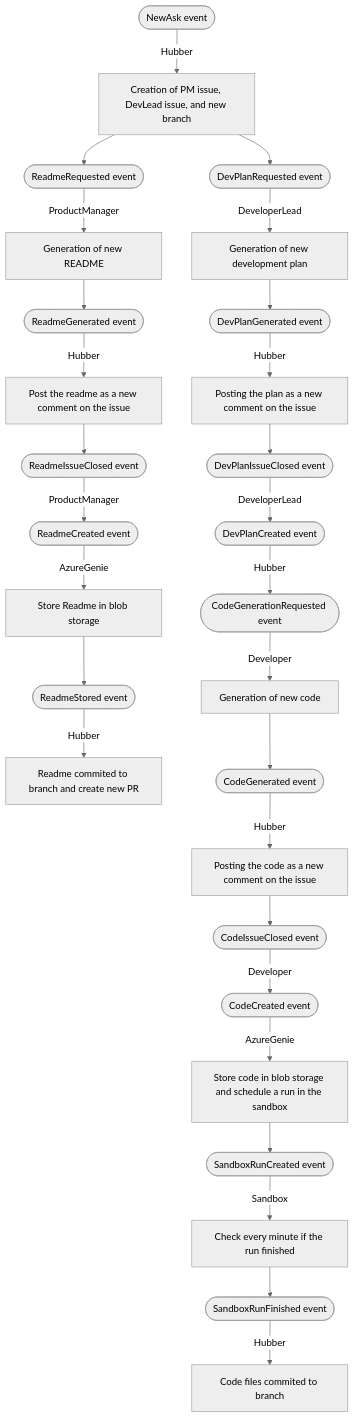
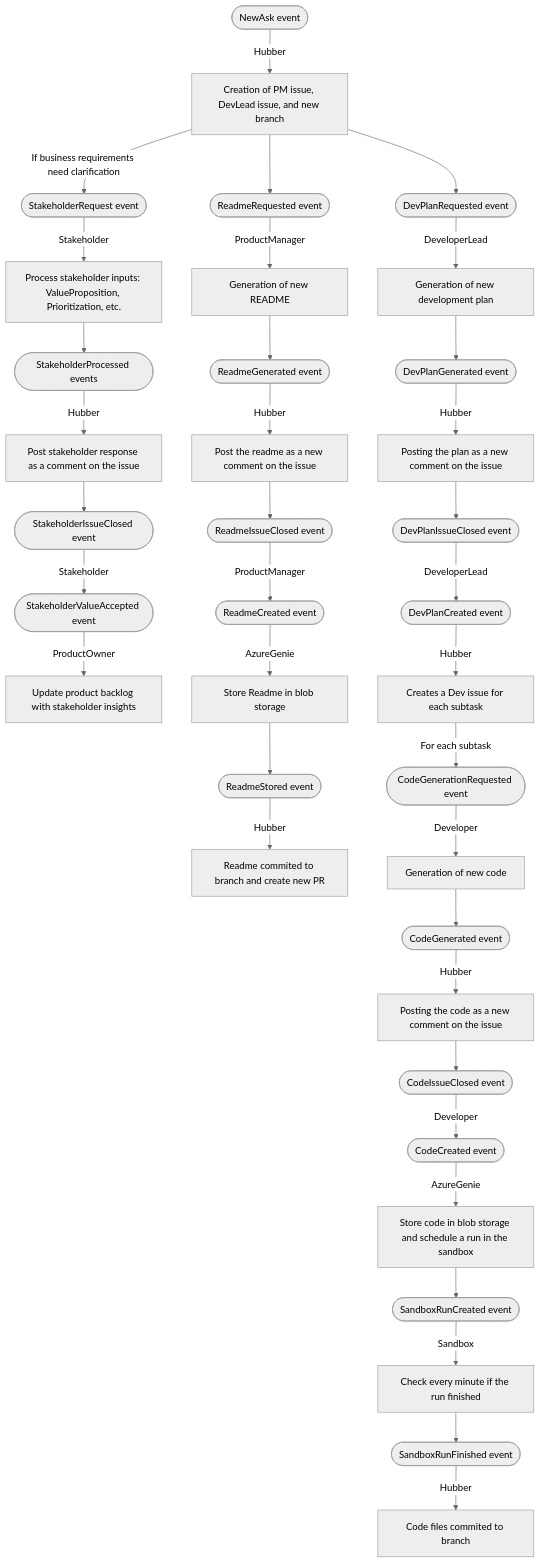
Before and after one commit to Software-Hardware-Systems/autogen: the diagram in dotnet/samples/dev-team/README.md, drawn with Mermaid (neutral theme). The commit also changed other lines of this file and 23 other files, not shown here.

````diff
--- a/dotnet/samples/dev-team/README.md
+++ b/dotnet/samples/dev-team/README.md
@@ -103,33 +112,46 @@
 ```mermaid
 graph TD;
     NEA([NewAsk event]) -->|Hubber| NEA1[Creation of PM issue, DevLead issue, and new branch];
     
+    %% Stakeholder workflow
+    NEA1 -->|If business requirements need clarification| SIR([StakeholderRequest event])
+    SIR -->|Stakeholder| SIA[Process stakeholder inputs: ValueProposition, Prioritization, etc.];
+    SIA --> SIG([StakeholderProcessed events]);
+    SIG -->|Hubber| SIGH[Post stakeholder response as a comment on the issue];
+    SIGH --> SIGC([StakeholderIssueClosed event]);
+    SIGC -->|Stakeholder| SIGCE([StakeholderValueAccepted event]);
+    SIGCE -->|ProductOwner| SIGPO[Update product backlog with stakeholder insights];
+    
+    %% Readme workflow
     RR([ReadmeRequested event]) -->|ProductManager| PM1[Generation of new README];
     NEA1 --> RR;
     PM1 --> RG([ReadmeGenerated event]);
     RG -->|Hubber| RC[Post the readme as a new comment on the issue];
     RC --> RCC([ReadmeIssueClosed event]);
     RCC -->|ProductManager| RCR([ReadmeCreated event]);
     RCR --> |AzureGenie| RES[Store Readme in blob storage];
     RES --> RES2([ReadmeStored event]);
     RES2 --> |Hubber| REC[Readme commited to branch and create new PR];
 
+    %% Development plan workflow
     DPR([DevPlanRequested event]) -->|DeveloperLead| DPG[Generation of new development plan];
     NEA1 --> DPR;
     DPG --> DPGE([DevPlanGenerated event]);
     DPGE -->|Hubber| DPGEC[Posting the plan as a new comment on the issue];
     DPGEC --> DPCC([DevPlanIssueClosed event]);
     DPCC -->|DeveloperLead| DPCE([DevPlanCreated event]);
     DPCE --> |Hubber| DPC[Creates a Dev issue for each subtask];
 
-    DPC([CodeGenerationRequested event]) -->|Developer| CG[Generation of new code];
+    %% Code generation workflow
+    DPC -->|For each subtask| DPC2([CodeGenerationRequested event]);
+    DPC2 -->|Developer| CG[Generation of new code];
     CG --> CGE([CodeGenerated event]);
     CGE -->|Hubber| CGC[Posting the code as a new comment on the issue];
     CGC --> CCCE([CodeIssueClosed event]);
     CCCE -->|Developer| CCE([CodeCreated event]);
     CCE --> |AzureGenie| CS[Store code in blob storage and schedule a run in the sandbox];
     CS --> SRC([SandboxRunCreated event]);
     SRC --> |Sandbox| SRM[Check every minute if the run finished];
     SRM --> SRF([SandboxRunFinished event]);
     SRF --> |Hubber| SRCC[Code files commited to branch];
 ```
````
